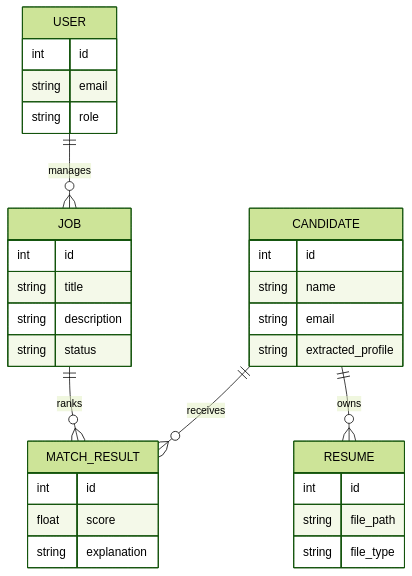
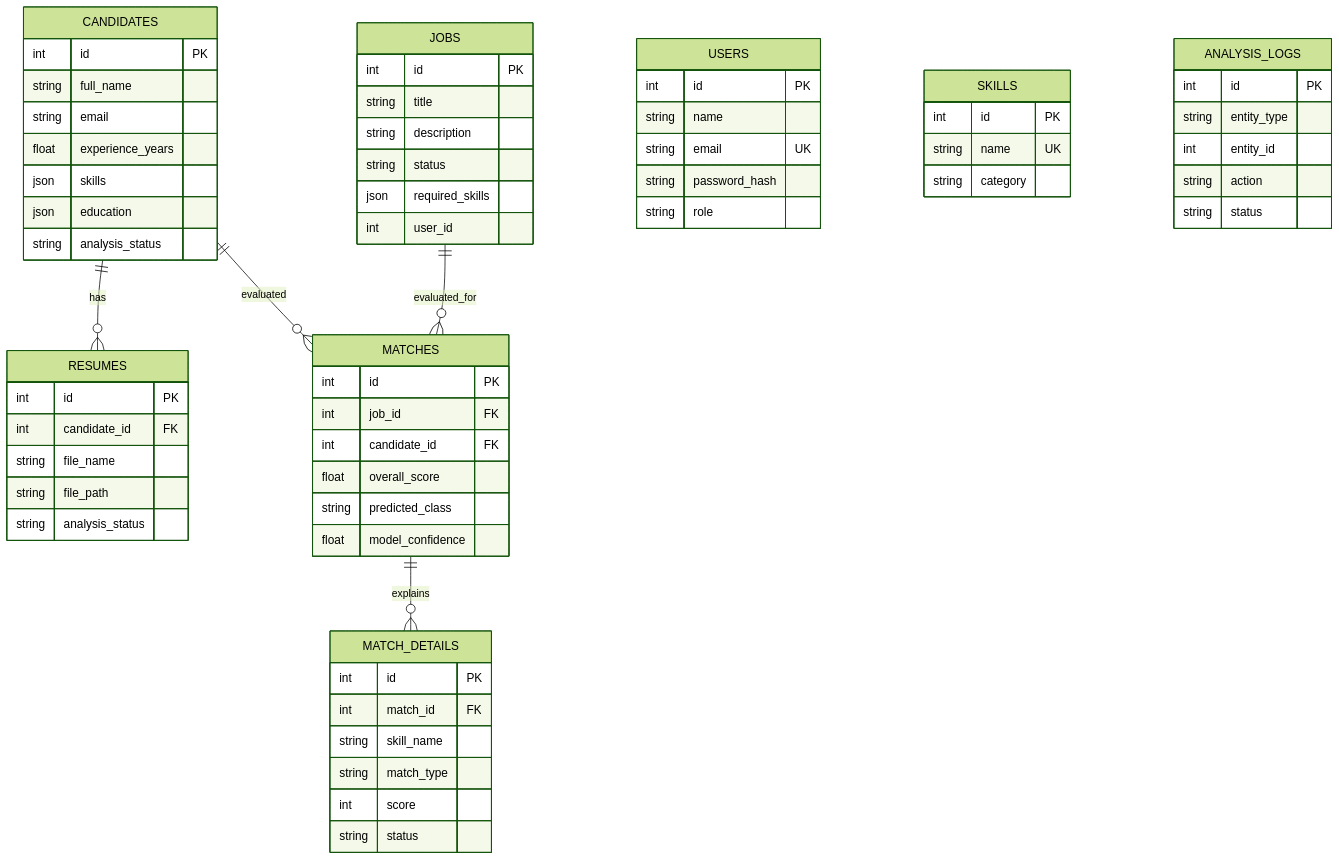
One commit to nguyenbaquan204/DO_AN_TRI_TUE_NHAN_TAO changed the second of 2 diagrams in docs/bao_cao_do_an.md. Above: the diagram before and after it, drawn with Mermaid (forest theme). The commit also changed other lines of this file and 61 other files, not shown here.

````diff
--- a/docs/bao_cao_do_an.md
+++ b/docs/bao_cao_do_an.md
@@ -151,34 +161,67 @@
 ```mermaid
 erDiagram
-  USER ||--o{ JOB : manages
-  CANDIDATE ||--o{ RESUME : owns
-  JOB ||--o{ MATCH_RESULT : ranks
-  CANDIDATE ||--o{ MATCH_RESULT : receives
-  USER {
-    int id
-    string email
+  CANDIDATES ||--o{ RESUMES : has
+  JOBS ||--o{ MATCHES : evaluated_for
+  CANDIDATES ||--o{ MATCHES : evaluated
+  MATCHES ||--o{ MATCH_DETAILS : explains
+
+  USERS {
+    int id PK
+    string name
+    string email UK
+    string password_hash
     string role
   }
-  JOB {
-    int id
+  JOBS {
+    int id PK
     string title
     string description
     string status
+    json required_skills
+    int user_id
   }
-  CANDIDATE {
-    int id
-    string name
+  CANDIDATES {
+    int id PK
+    string full_name
     string email
-    string extracted_profile
+    float experience_years
+    json skills
+    json education
+    string analysis_status
   }
-  RESUME {
-    int id
+  RESUMES {
+    int id PK
+    int candidate_id FK
+    string file_name
     string file_path
-    string file_type
+    string analysis_status
   }
-  MATCH_RESULT {
-    int id
-    float score
-    string explanation
+  MATCHES {
+    int id PK
+    int job_id FK
+    int candidate_id FK
+    float overall_score
+    string predicted_class
+    float model_confidence
+  }
+  MATCH_DETAILS {
+    int id PK
+    int match_id FK
+    string skill_name
+    string match_type
+    int score
+    string status
+  }
+  SKILLS {
+    int id PK
+    string name UK
+    string category
+  }
+  ANALYSIS_LOGS {
+    int id PK
+    string entity_type
+    int entity_id
+    string action
+    string status
   }
 ```
````
